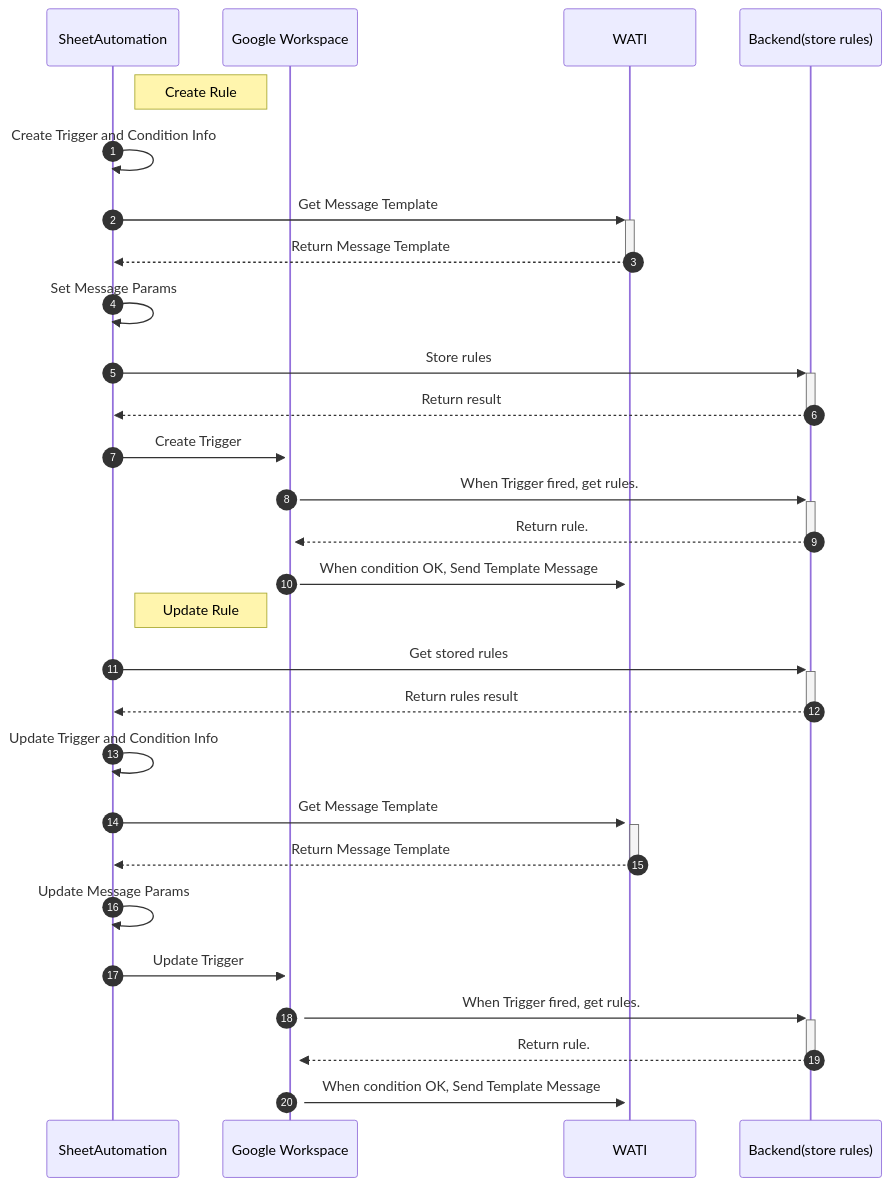
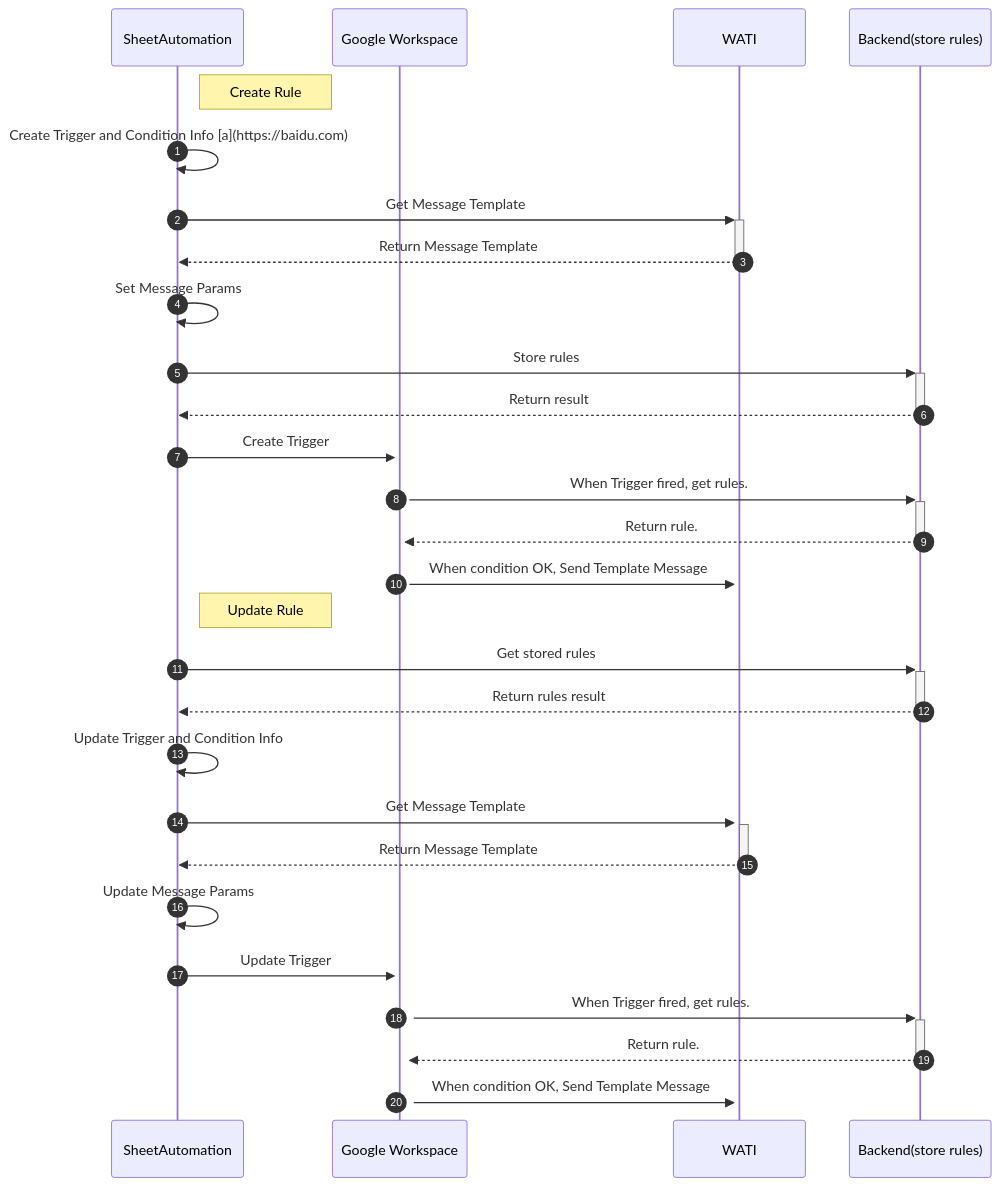
Before and after one commit to JinLei324/station-ios: the diagram in README.md, drawn with Mermaid.

````diff
--- a/README.md
+++ b/README.md
@@ -2,32 +2,32 @@
 ```mermaid
 sequenceDiagram
 autonumber
 participant SheetAutomation
 participant Google Workspace
 participant WATI 
 participant Backend(store rules)
 
 Note right of SheetAutomation: Create Rule
-SheetAutomation ->>SheetAutomation: Create Trigger and Condition Info
+SheetAutomation ->>SheetAutomation: Create Trigger and Condition Info [a](https://baidu.com)
 SheetAutomation ->>+WATI: Get Message Template
 WATI -->>-SheetAutomation: Return Message Template
 SheetAutomation ->>SheetAutomation: Set Message Params
 SheetAutomation ->>+Backend(store rules): Store rules 
 Backend(store rules) -->>-SheetAutomation: Return result
 SheetAutomation ->>+Google Workspace: Create Trigger 
 Google Workspace ->>+Backend(store rules): When Trigger fired, get rules.
 Backend(store rules)-->>-Google Workspace: Return rule.
 Google Workspace ->>+WATI: When condition OK, Send Template Message
 
 Note right of SheetAutomation: Update Rule
 SheetAutomation ->>+Backend(store rules): Get stored rules
 Backend(store rules) -->>-SheetAutomation: Return rules result
 SheetAutomation ->>SheetAutomation: Update Trigger and Condition Info
 SheetAutomation ->>+WATI: Get Message Template
 WATI -->>-SheetAutomation: Return Message Template
 SheetAutomation ->>SheetAutomation: Update Message Params
 SheetAutomation ->>+Google Workspace: Update Trigger 
 Google Workspace ->>+Backend(store rules): When Trigger fired, get rules.
 Backend(store rules)-->>-Google Workspace: Return rule.
 Google Workspace ->>+WATI: When condition OK, Send Template Message
 ```
````
